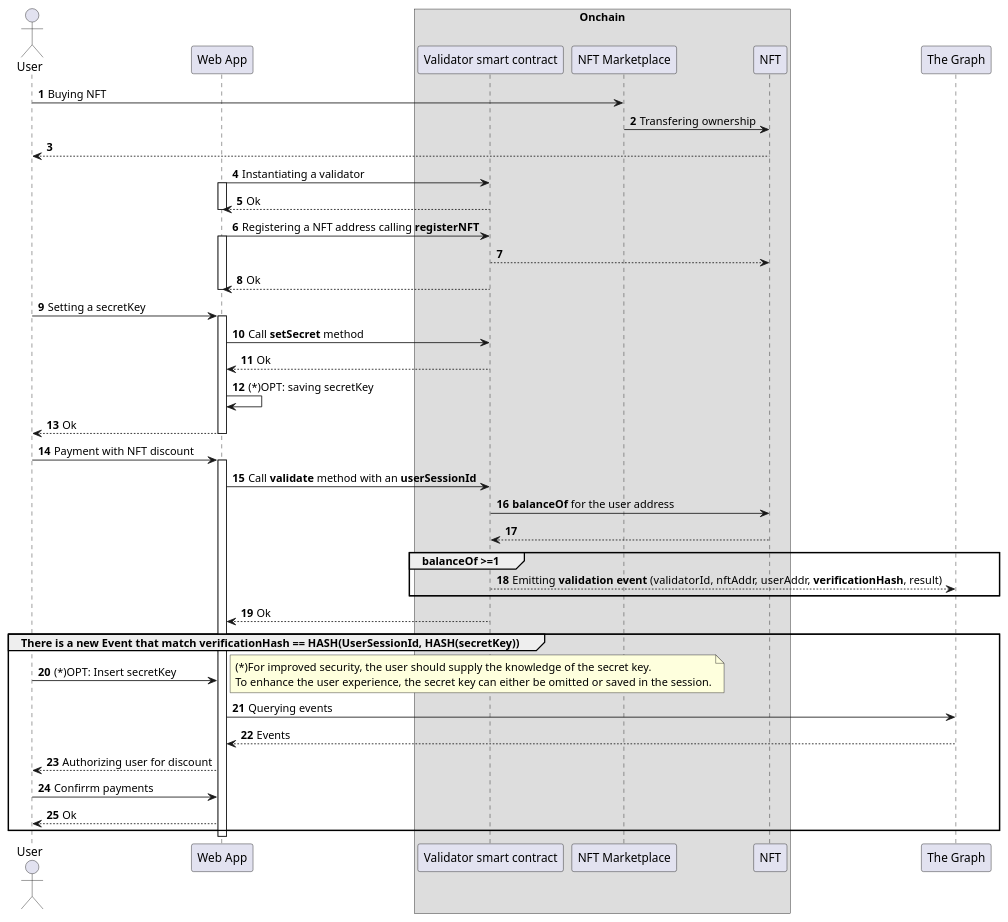
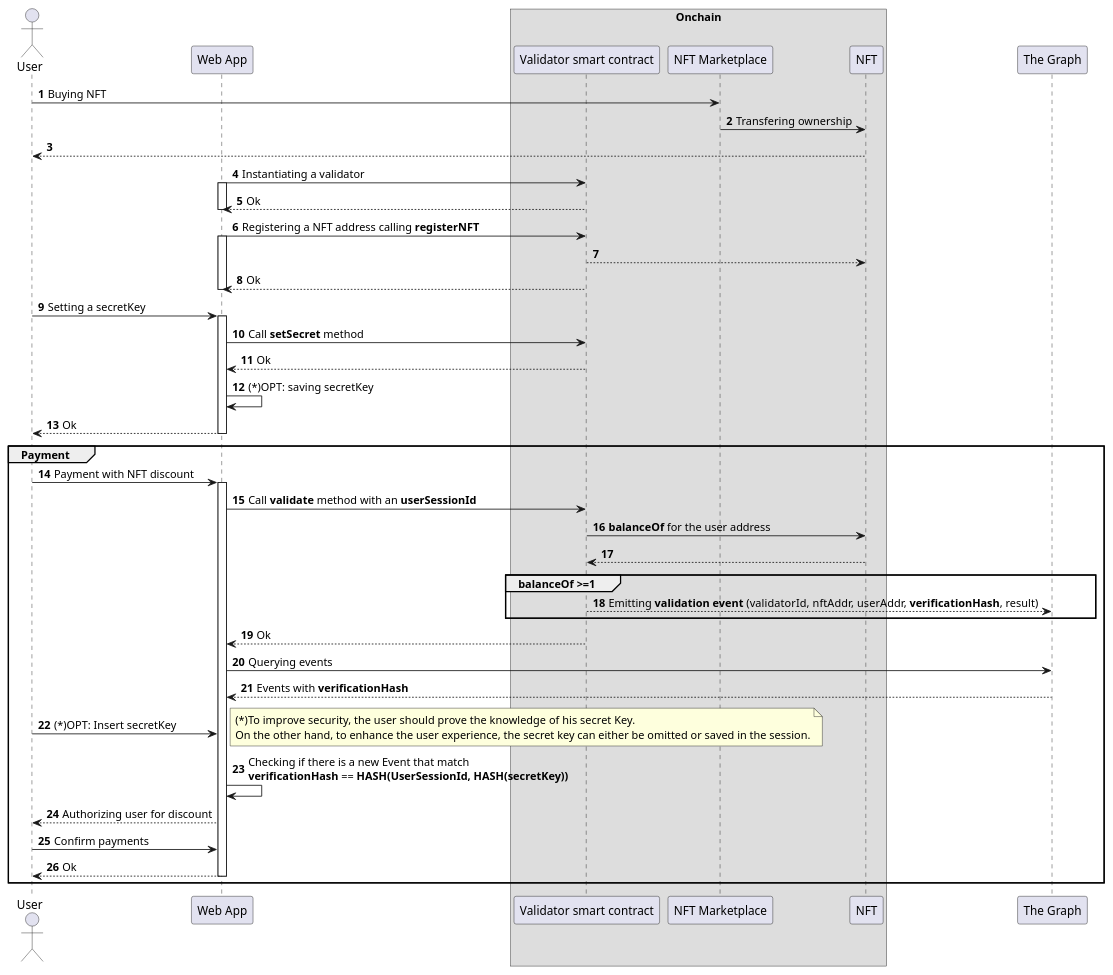
The diagram in plantuml/sequence.puml (kchain-solutions/ERC721-validation), drawn with PlantUML before and after one commit. The commit also changed 3 other files, not shown here.

Commit message:
plantuml

```diff
--- a/plantuml/sequence.puml
+++ b/plantuml/sequence.puml
@@ -1,57 +1,55 @@
-@startuml
+@startuml 
 autonumber
 actor user as "User"
 participant client as "Web App"
 box "Onchain"
 	participant validator as "Validator smart contract"
 	participant nftm as "NFT Marketplace"
 	participant nft as "NFT"
 end box 
 participant graph as "The Graph"
 
 user -> nftm: Buying NFT
 nftm -> nft: Transfering ownership
 nft --> user
 
 client -> validator: Instantiating a validator
 activate client
 validator --> client: Ok
 deactivate client
 client -> validator: Registering a NFT address calling **registerNFT**
 activate client
 validator --> nft
 validator --> client: Ok
 deactivate client
 
 user -> client: Setting a secretKey
 activate client
 client -> validator: Call **setSecret** method
 validator --> client: Ok 
 client -> client: (*)OPT: saving secretKey
 client --> user: Ok
 deactivate client
+group Payment
+		user -> client: Payment with NFT discount  
+	activate client
+		client -> validator: Call **validate** method with an **userSessionId**
+		validator -> nft: **balanceOf** for the user address 
+		nft --> validator
 
-user -> client: Payment with NFT discount  
-activate client
+		group balanceOf >=1
+			validator --> graph: Emitting **validation event** (validatorId, nftAddr, userAddr, **verificationHash**, result)
+		end group
+		validator --> client: Ok
 
-	client -> validator: Call **validate** method with an **userSessionId**
-	validator -> nft: **balanceOf** for the user address 
-	nft --> validator
-
-	group balanceOf >=1
-		validator --> graph: Emitting **validation event** (validatorId, nftAddr, userAddr, **verificationHash**, result)
-	end group
-    validator --> client: Ok
-
-	group There is a new Event that match **verificationHash** == HASH(UserSessionId, HASH(secretKey))
-    	user -> client: (*)OPT: Insert secretKey
-        note right: (*)For improved security, the user should supply the knowledge of the secret key.\nTo enhance the user experience, the secret key can either be omitted or saved in the session.
 		client -> graph: Querying events
-		graph --> client: Events
+		graph --> client: Events with **verificationHash**
+		user -> client: (*)OPT: Insert secretKey
+		note right: (*)To improve security, the user should prove the knowledge of his secret Key.\nOn the other hand, to enhance the user experience, the secret key can either be omitted or saved in the session.
+		client -> client: Checking if there is a new Event that match\n**verificationHash** == **HASH(UserSessionId, HASH(secretKey))**
 		client  --> user: Authorizing user for discount
-		user -> client: Confirrm payments
+		user -> client: Confirm payments
 		client --> user: Ok
+	deactivate client
 end group
-
-deactivate client
 @enduml
```
